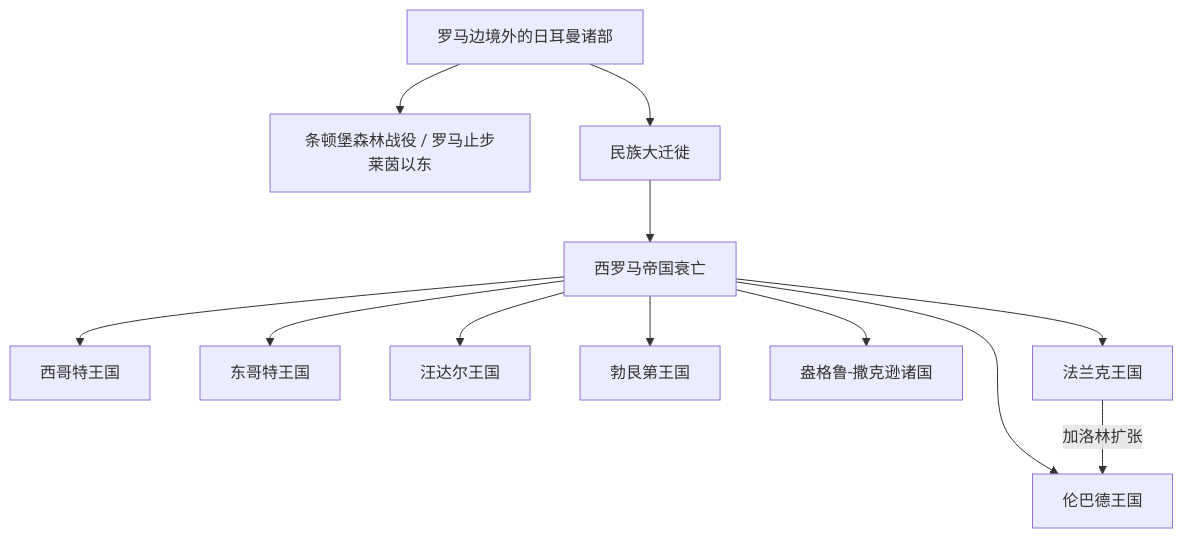
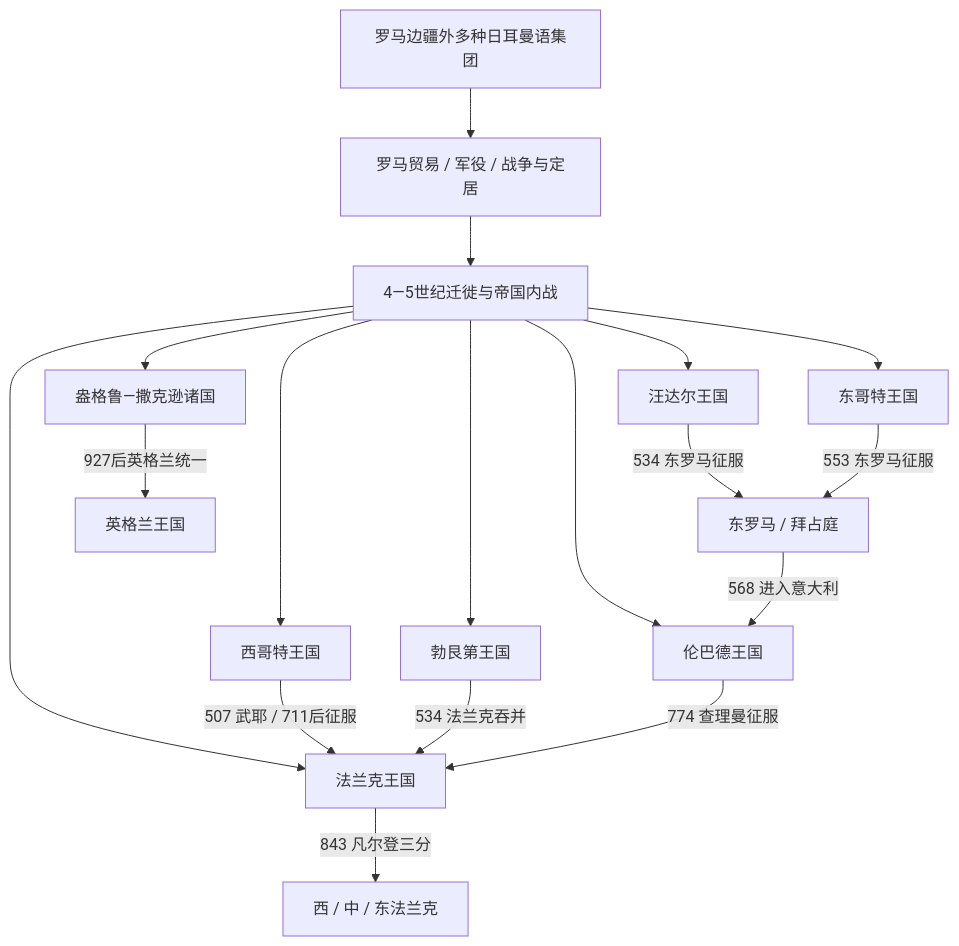
Before and after one commit to tianlan-dev/learning-notes: the diagram in 人文科学/历史/欧洲/_通史/后罗马时代的日耳曼诸国/README.md, drawn with Mermaid. The commit also changed other lines of this file and 1417 other files, not shown here.

````diff
--- a/人文科学/历史/欧洲/_通史/后罗马时代的日耳曼诸国/README.md
+++ b/人文科学/历史/欧洲/_通史/后罗马时代的日耳曼诸国/README.md
@@ -17,25 +17,20 @@
 ```mermaid
 flowchart TD
-    G0["罗马边境外的日耳曼诸部"]
-    T["条顿堡森林战役 / 罗马止步莱茵以东"]
-    M["民族大迁徙"]
-    W["西罗马帝国衰亡"]
-    Vis["西哥特王国"]
-    Ost["东哥特王国"]
-    Van["汪达尔王国"]
-    Bur["勃艮第王国"]
-    Ang["盎格鲁-撒克逊诸国"]
-    Fra["法兰克王国"]
-    Lom["伦巴德王国"]
-    G0 --> T
-    G0 --> M
-    M --> W
-    W --> Vis
-    W --> Ost
-    W --> Van
-    W --> Bur
-    W --> Ang
-    W --> Fra
-    W --> Lom
-    Fra -->|加洛林扩张| Lom
+    A["罗马边疆外多种日耳曼语集团"] --> B["罗马贸易 / 军役 / 战争与定居"]
+    B --> C["4—5世纪迁徙与帝国内战"]
+    C --> V["西哥特王国"]
+    C --> O["东哥特王国"]
+    C --> N["汪达尔王国"]
+    C --> U["勃艮第王国"]
+    C --> A1["盎格鲁—撒克逊诸国"]
+    C --> F["法兰克王国"]
+    C --> L["伦巴德王国"]
+    V -->|507 武耶 / 711后征服| F
+    U -->|534 法兰克吞并| F
+    N -->|534 东罗马征服| R["东罗马 / 拜占庭"]
+    O -->|553 东罗马征服| R
+    R -->|568 进入意大利| L
+    L -->|774 查理曼征服| F
+    F -->|843 凡尔登三分| S["西 / 中 / 东法兰克"]
+    A1 -->|927后英格兰统一| E["英格兰王国"]
 ```
````
